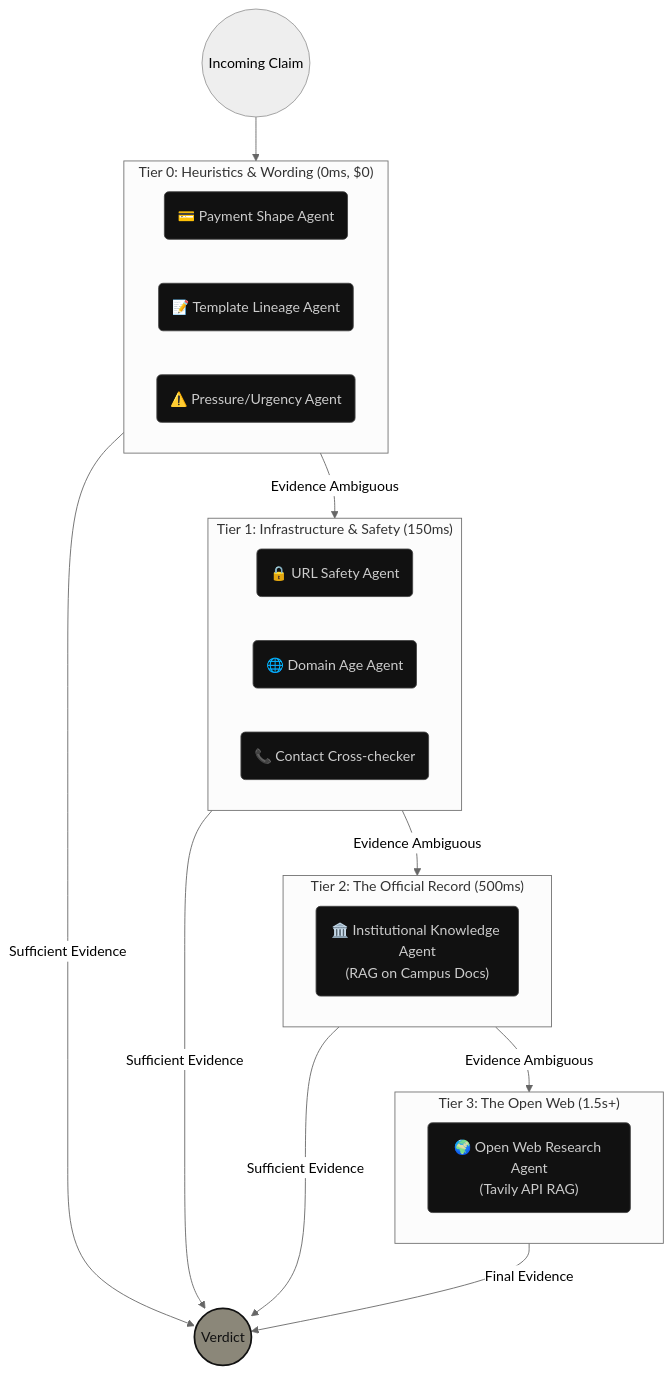
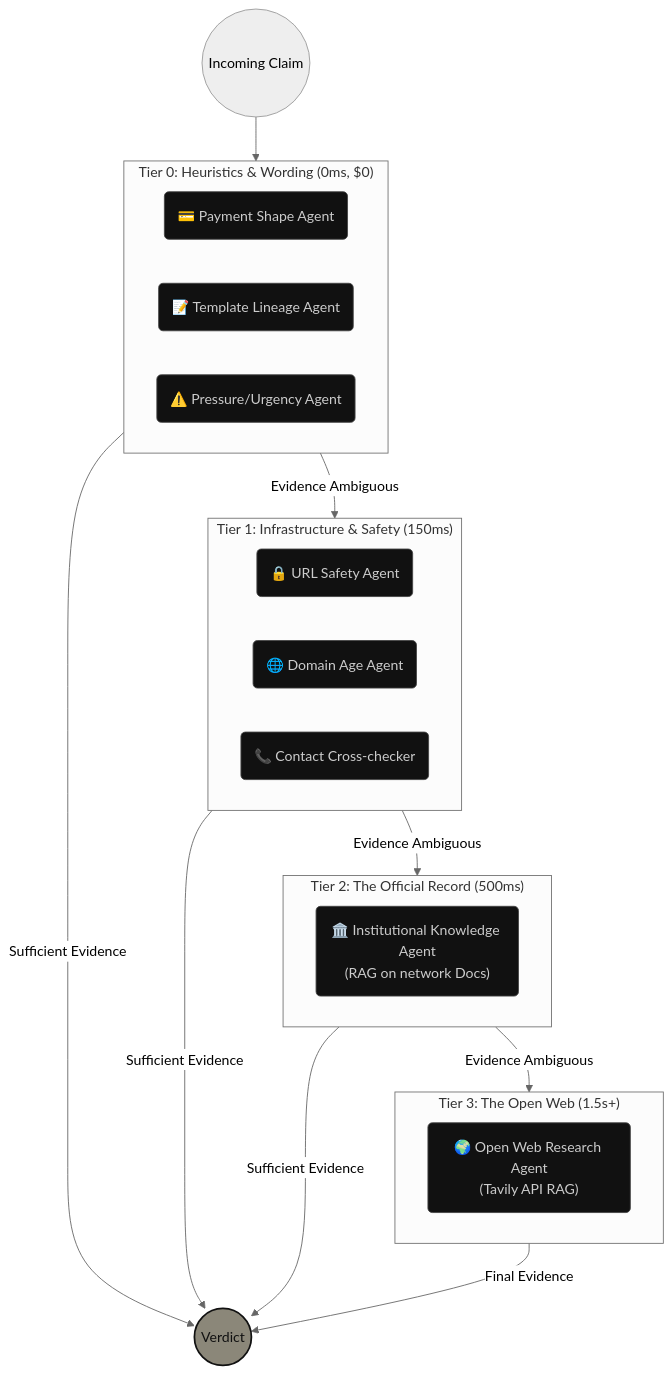
Before and after one commit to thirumani-vihaan/herd: the second of 3 diagrams in README.md, drawn with Mermaid (neutral theme). The commit also changed other lines of this file and 5 other files, not shown here.

````diff
--- a/README.md
+++ b/README.md
@@ -53,40 +53,40 @@
 ```mermaid
 flowchart TD
     %% Styles
     classDef tier fill:#222,stroke:#555,stroke-width:1px,color:#eee,stroke-dasharray: 5 5;
     classDef agent fill:#111,stroke:#444,stroke-width:1px,color:#ccc;
     classDef exit fill:#8B8779,stroke:#111,stroke-width:2px,color:#111;
 
     Start((Incoming Claim)) --> T0
     
     subgraph T0 ["Tier 0: Heuristics & Wording (0ms, $0)"]
         A1("💳 Payment Shape Agent"):::agent
         A2("📝 Template Lineage Agent"):::agent
         A3("⚠️ Pressure/Urgency Agent"):::agent
     end
 
     T0 -->|Evidence Ambiguous| T1
     T0 -->|Sufficient Evidence| Exit((Verdict)):::exit
 
     subgraph T1 ["Tier 1: Infrastructure & Safety (150ms)"]
         A4("🔒 URL Safety Agent"):::agent
         A5("🌐 Domain Age Agent"):::agent
         A6("📞 Contact Cross-checker"):::agent
     end
 
     T1 -->|Evidence Ambiguous| T2
     T1 -->|Sufficient Evidence| Exit
 
     subgraph T2 ["Tier 2: The Official Record (500ms)"]
-        A7("🏛️ Institutional Knowledge Agent<br/>(RAG on Campus Docs)"):::agent
+        A7("🏛️ Institutional Knowledge Agent<br/>(RAG on network Docs)"):::agent
     end
 
     T2 -->|Evidence Ambiguous| T3
     T2 -->|Sufficient Evidence| Exit
 
     subgraph T3 ["Tier 3: The Open Web (1.5s+)"]
         A8("🌍 Open Web Research Agent<br/>(Tavily API RAG)"):::agent
     end
 
     T3 -->|Final Evidence| Exit
 ```
````
